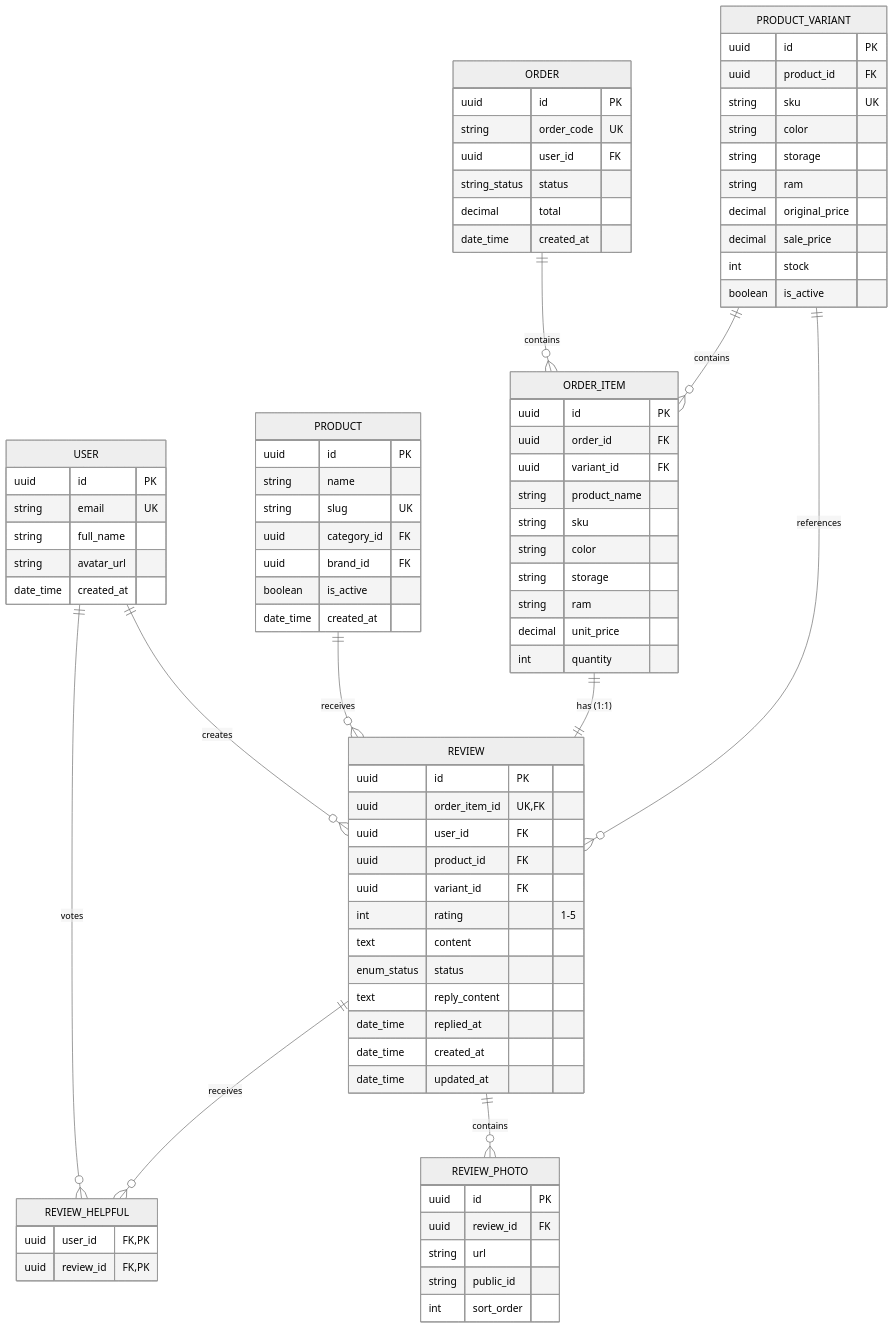
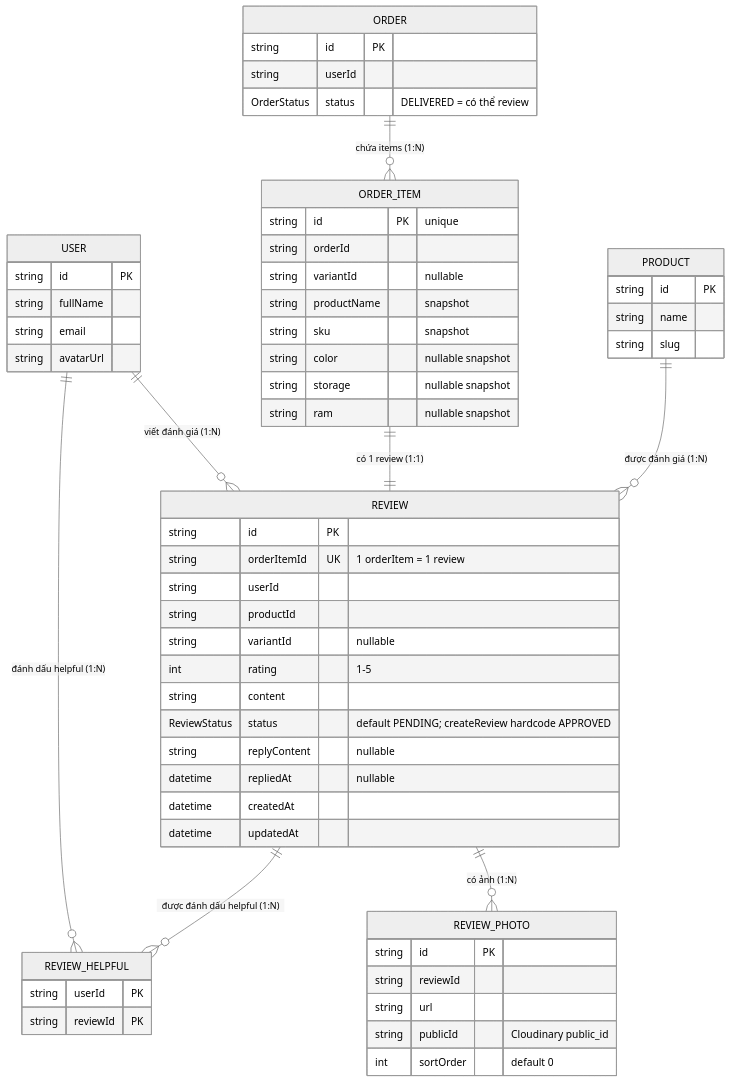
Before and after one commit to phamvinh203/mobivexa: the diagram in docs/Review/ERD.md, drawn with Mermaid (neutral theme). The commit also changed other lines of this file and 79 other files, not shown here.

Commit message:
📜 Add documentation for Inventory and Favorite modules including Use Cases, API Specifications, and Activity Diagrams

````diff
--- a/docs/Review/ERD.md
+++ b/docs/Review/ERD.md
@@ -5,93 +11,68 @@
 ```mermaid
 erDiagram
-    USER ||--o{ REVIEW : creates
-    USER ||--o{ REVIEW_HELPFUL : votes
-    PRODUCT ||--o{ REVIEW : receives
-    PRODUCT_VARIANT ||--o{ REVIEW : references
-    PRODUCT_VARIANT ||--o{ ORDER_ITEM : contains
-    ORDER ||--o{ ORDER_ITEM : contains
-    ORDER_ITEM ||--|| REVIEW : "has (1:1)"
-    REVIEW ||--o{ REVIEW_PHOTO : contains
-    REVIEW ||--o{ REVIEW_HELPFUL : receives
+    USER {
+        string  id          PK
+        string  fullName
+        string  email
+        string  avatarUrl
+    }
 
-    USER {
-        uuid id PK
-        string email UK
-        string full_name
-        string avatar_url
-        date_time created_at
+    ORDER {
+        string      id     PK
+        string      userId
+        OrderStatus status  "DELIVERED = có thể review"
+    }
+
+    ORDER_ITEM {
+        string  id          PK "unique"
+        string  orderId
+        string  variantId   "nullable"
+        string  productName "snapshot"
+        string  sku         "snapshot"
+        string  color       "nullable snapshot"
+        string  storage     "nullable snapshot"
+        string  ram         "nullable snapshot"
+    }
+
+    REVIEW {
+        string       id           PK
+        string       orderItemId  UK "1 orderItem = 1 review"
+        string       userId
+        string       productId
+        string       variantId    "nullable"
+        int          rating       "1-5"
+        string       content
+        ReviewStatus status       "default PENDING; createReview hardcode APPROVED"
+        string       replyContent "nullable"
+        datetime     repliedAt    "nullable"
+        datetime     createdAt
+        datetime     updatedAt
+    }
+
+    REVIEW_PHOTO {
+        string id        PK
+        string reviewId
+        string url
+        string publicId  "Cloudinary public_id"
+        int    sortOrder "default 0"
+    }
+
+    REVIEW_HELPFUL {
+        string userId    PK
+        string reviewId  PK
     }
 
     PRODUCT {
-        uuid id PK
+        string id   PK
         string name
-        string slug UK
-        uuid category_id FK
-        uuid brand_id FK
-        boolean is_active
-        date_time created_at
+        string slug
     }
 
-    PRODUCT_VARIANT {
-        uuid id PK
-        uuid product_id FK
-        string sku UK
-        string color
-        string storage
-        string ram
-        decimal original_price
-        decimal sale_price
-        int stock
-        boolean is_active
-    }
-
-    ORDER {
-        uuid id PK
-        string order_code UK
-        uuid user_id FK
-        string_status status
-        decimal total
-        date_time created_at
-    }
-
-    ORDER_ITEM {
-        uuid id PK
-        uuid order_id FK
-        uuid variant_id FK
-        string product_name
-        string sku
-        string color
-        string storage
-        string ram
-        decimal unit_price
-        int quantity
-    }
-
-    REVIEW {
-        uuid id PK
-        uuid order_item_id UK,FK
-        uuid user_id FK
-        uuid product_id FK
-        uuid variant_id FK
-        int rating "1-5"
-        text content
-        enum_status status
-        text reply_content
-        date_time replied_at
-        date_time created_at
-        date_time updated_at
-    }
-
-    REVIEW_PHOTO {
-        uuid id PK
-        uuid review_id FK
-        string url
-        string public_id
-        int sort_order
-    }
-
-    REVIEW_HELPFUL {
-        uuid user_id FK,PK
-        uuid review_id FK,PK
-    }
+    USER         ||--o{ REVIEW         : "viết đánh giá (1:N)"
+    ORDER        ||--o{ ORDER_ITEM     : "chứa items (1:N)"
+    ORDER_ITEM   ||--|| REVIEW         : "có 1 review (1:1)"
+    PRODUCT      ||--o{ REVIEW         : "được đánh giá (1:N)"
+    REVIEW       ||--o{ REVIEW_PHOTO   : "có ảnh (1:N)"
+    REVIEW       ||--o{ REVIEW_HELPFUL : "được đánh dấu helpful (1:N)"
+    USER         ||--o{ REVIEW_HELPFUL : "đánh dấu helpful (1:N)"
 ```
````
